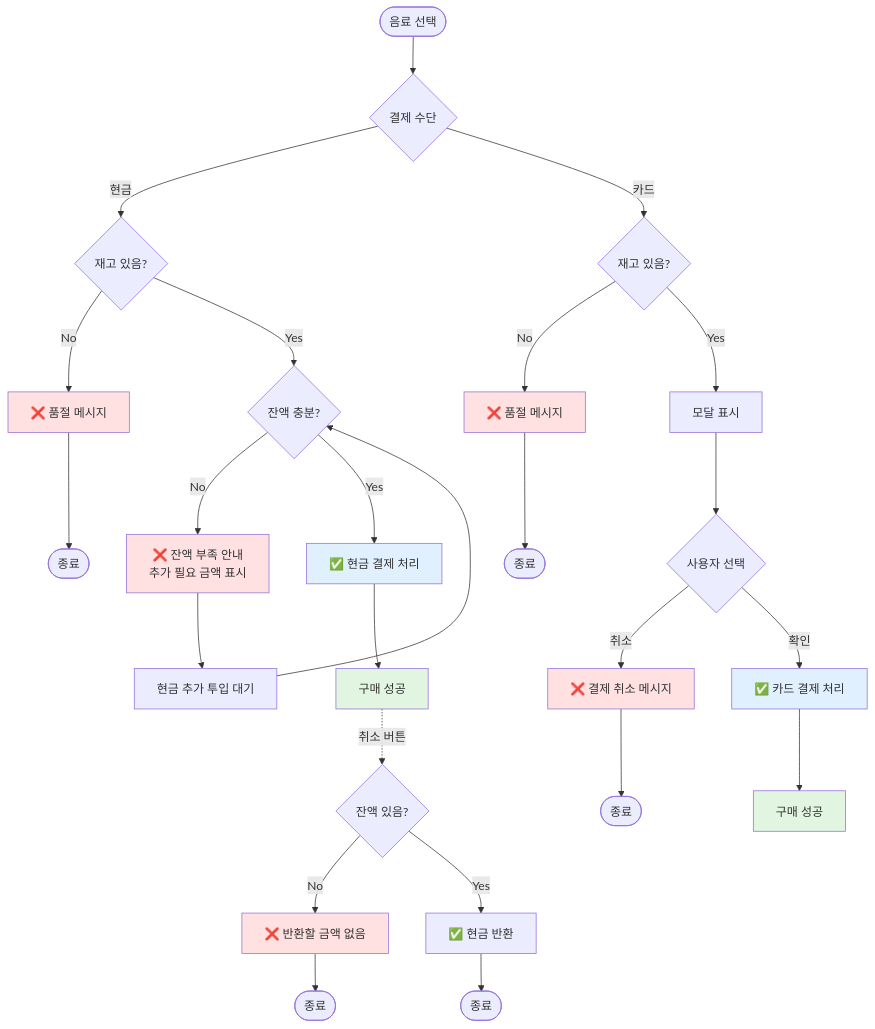
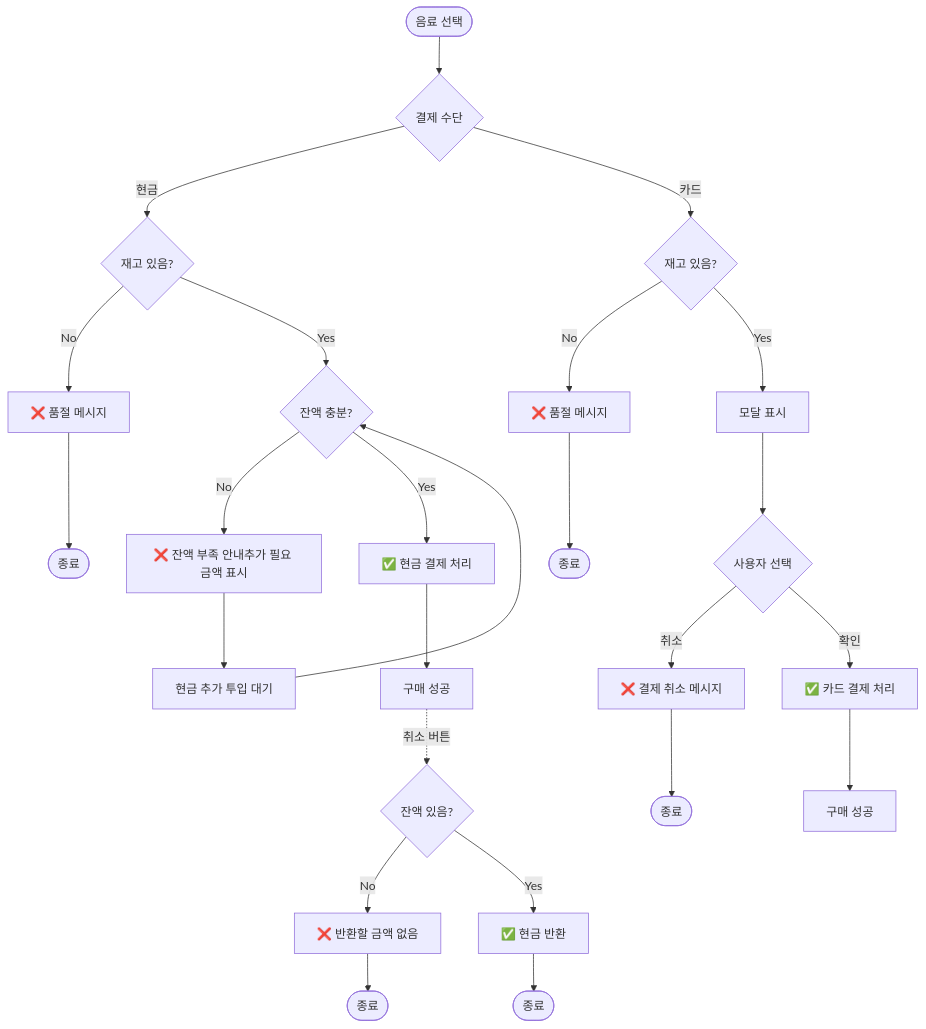
The second of 2 diagrams in FLOWCHART.md (G-hoon/jihoon-vending-machine), drawn with Mermaid before and after one commit. The commit also changed other lines of this file and 1 other file, not shown here.

Commit message:
docs: 다이어그램 및 플로우차트 문서 수정
- 타입 관계도 및 플로우차트에서 불필요한 스타일 제거
- 예외 처리 플로우의 메시지 텍스트 수정

````diff
--- a/FLOWCHART.md
+++ b/FLOWCHART.md
@@ -80,49 +69,39 @@
 ```mermaid
 flowchart TD
     Start([음료 선택]) --> CheckPaymentMethod{결제 수단}
 
     %% 현금 결제 예외
     CheckPaymentMethod -->|현금| CheckStock1{재고 있음?}
     CheckStock1 -->|No| Error1[❌ 품절 메시지]
     Error1 --> End1([종료])
 
     CheckStock1 -->|Yes| CheckBalance{잔액 충분?}
-    CheckBalance -->|No| Error2[❌ 잔액 부족 안내<br/>추가 필요 금액 표시]
+    CheckBalance -->|No| Error2[❌ 잔액 부족 안내추가 필요 금액 표시]
     Error2 --> WaitCash[현금 추가 투입 대기]
     WaitCash --> CheckBalance
 
     CheckBalance -->|Yes| ProcessCash[✅ 현금 결제 처리]
     ProcessCash --> Success1[구매 성공]
 
     %% 카드 결제 예외
     CheckPaymentMethod -->|카드| CheckStock2{재고 있음?}
     CheckStock2 -->|No| Error3[❌ 품절 메시지]
     Error3 --> End2([종료])
 
     CheckStock2 -->|Yes| ShowModal[모달 표시]
     ShowModal --> UserDecision{사용자 선택}
 
     UserDecision -->|취소| Error4[❌ 결제 취소 메시지]
     Error4 --> End3([종료])
 
     UserDecision -->|확인| ProcessCard[✅ 카드 결제 처리]
     ProcessCard --> Success2[구매 성공]
 
     %% 반환 예외
     Success1 -.->|취소 버튼| RefundCheck{잔액 있음?}
     RefundCheck -->|No| Error5[❌ 반환할 금액 없음]
     Error5 --> End4([종료])
 
     RefundCheck -->|Yes| Refund[✅ 현금 반환]
     Refund --> End5([종료])
-
-    style Error1 fill:#ffe1e1
-    style Error2 fill:#ffe1e1
-    style Error3 fill:#ffe1e1
-    style Error4 fill:#ffe1e1
-    style Error5 fill:#ffe1e1
-    style Success1 fill:#e1f5e1
-    style Success2 fill:#e1f5e1
-    style ProcessCash fill:#e1f0ff
-    style ProcessCard fill:#e1f0ff
 ```
````
